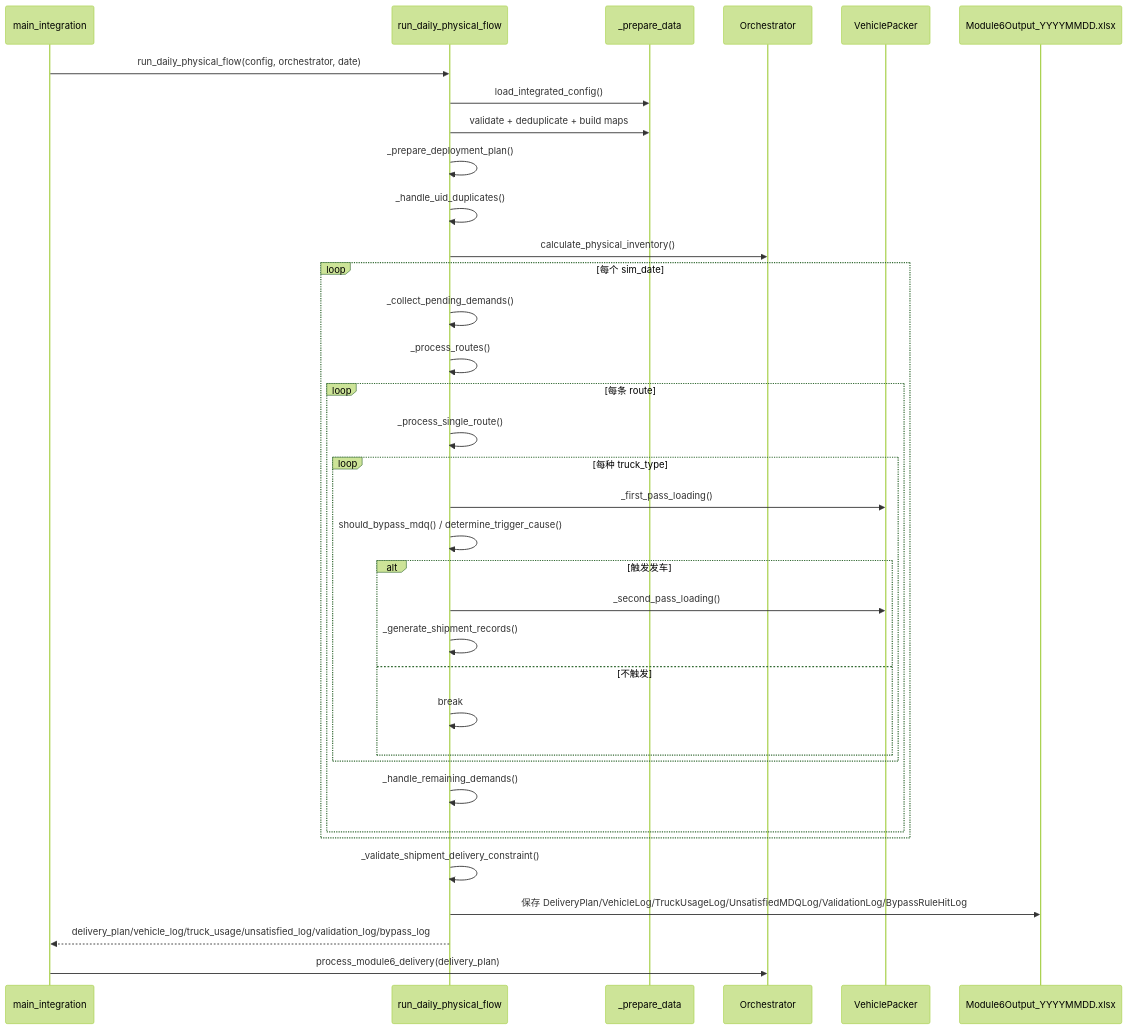
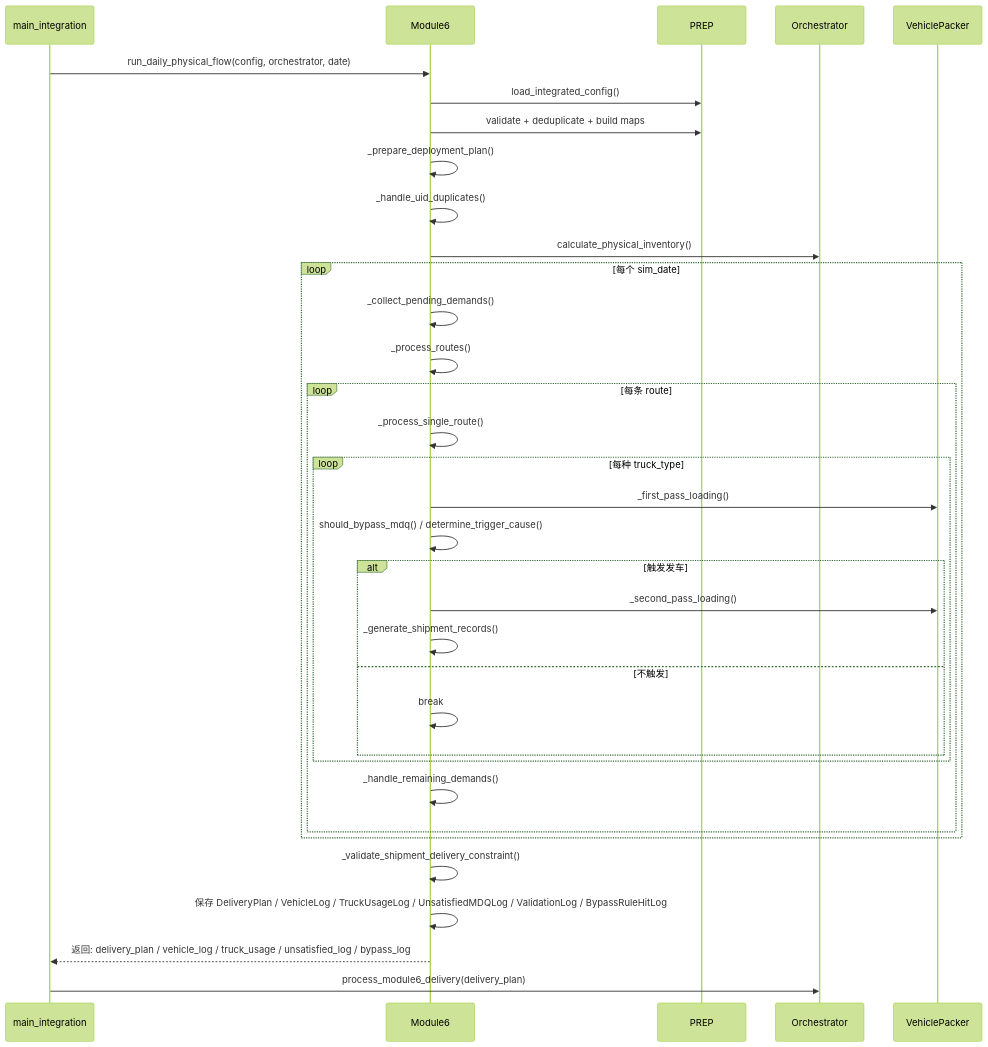
The sixth of 9 diagrams in docs/交接文档/Refactored/模块级时序图文档.md (senzhang-ps/chainsight), drawn with Mermaid (forest theme) before and after one commit. The commit also changed other lines of this file, not shown here.

Commit message:
docs: 统一时序图格式 — 将M3/日末/DB模式的ASCII文本框转为Mermaid sequenceDiagram

````diff
--- a/docs/交接文档/Refactored/模块级时序图文档.md
+++ b/docs/交接文档/Refactored/模块级时序图文档.md
@@ -247,40 +246,42 @@
 ```mermaid
 sequenceDiagram
     participant MAIN as main_integration
-    participant M6 as run_daily_physical_flow
-    participant PREP as _prepare_data
+    participant M6 as Module6
+    participant PREP as PREP
     participant ORC as Orchestrator
     participant PACK as VehiclePacker
-    participant XLSX as Module6Output_YYYYMMDD.xlsx
 
     MAIN->>M6: run_daily_physical_flow(config, orchestrator, date)
     M6->>PREP: load_integrated_config()
     M6->>PREP: validate + deduplicate + build maps
     M6->>M6: _prepare_deployment_plan()
     M6->>M6: _handle_uid_duplicates()
     M6->>ORC: calculate_physical_inventory()
 
     loop 每个 sim_date
         M6->>M6: _collect_pending_demands()
         M6->>M6: _process_routes()
+
         loop 每条 route
             M6->>M6: _process_single_route()
+
             loop 每种 truck_type
                 M6->>PACK: _first_pass_loading()
                 M6->>M6: should_bypass_mdq() / determine_trigger_cause()
                 alt 触发发车
                     M6->>PACK: _second_pass_loading()
                     M6->>M6: _generate_shipment_records()
                 else 不触发
                     M6->>M6: break
                 end
             end
+
             M6->>M6: _handle_remaining_demands()
         end
     end
 
     M6->>M6: _validate_shipment_delivery_constraint()
-    M6->>XLSX: 保存 DeliveryPlan/VehicleLog/TruckUsageLog/UnsatisfiedMDQLog/ValidationLog/BypassRuleHitLog
-    M6-->>MAIN: delivery_plan/vehicle_log/truck_usage/unsatisfied_log/validation_log/bypass_log
+    M6->>M6: 保存 DeliveryPlan / VehicleLog / TruckUsageLog / UnsatisfiedMDQLog / ValidationLog / BypassRuleHitLog
+    M6-->>MAIN: 返回: delivery_plan / vehicle_log / truck_usage / unsatisfied_log / bypass_log
     MAIN->>ORC: process_module6_delivery(delivery_plan)
 ```
````
